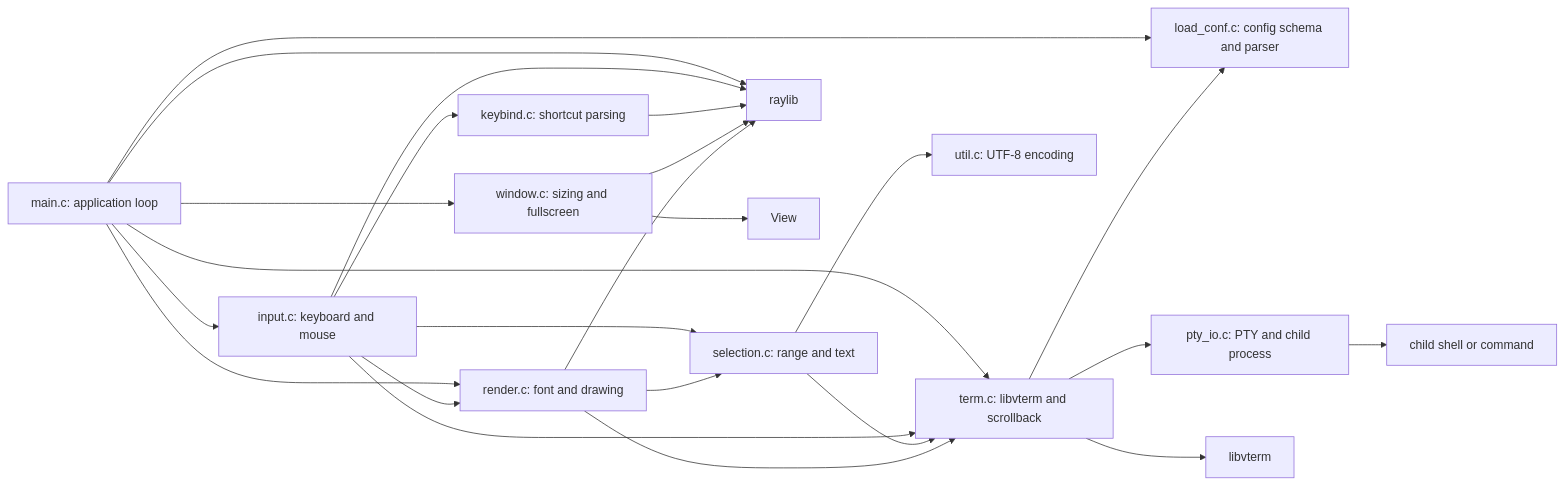
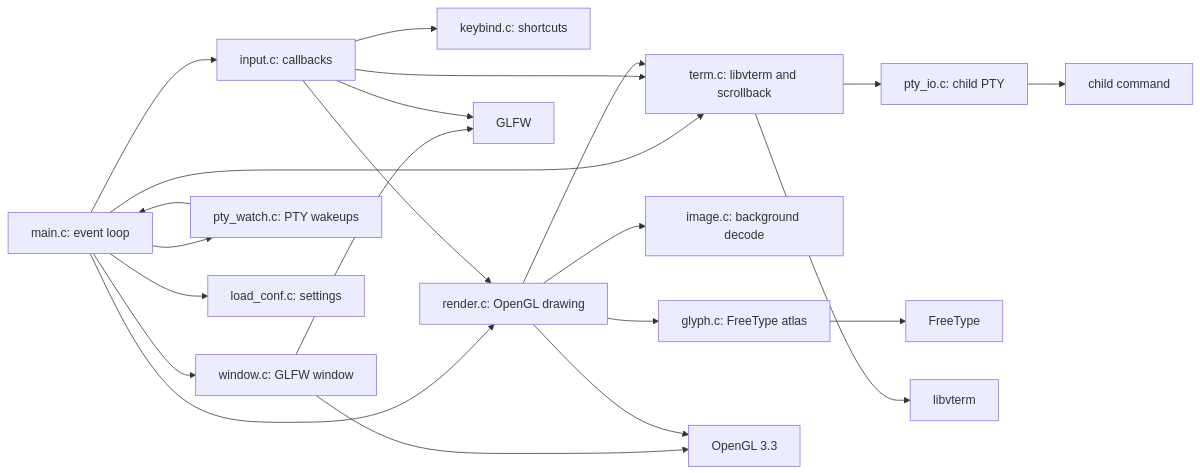
One commit to DriveAway500/see-you-later-alligator changed the diagram in docs/silly-guide.md. Above: the diagram before and after it, drawn with Mermaid. The commit also changed other lines of this file and 30 other files, not shown here.

Commit message:
raylib was removed for the sake of performance, terminal now supports image load, check sillyconf.conf

````diff
--- a/docs/silly-guide.md
+++ b/docs/silly-guide.md
@@ -7,40 +7,41 @@
 ```mermaid
 flowchart LR
-	Main[main.c: application loop]
-	Window[window.c: sizing and fullscreen]
-	Config[load_conf.c: config schema and parser]
-	Input[input.c: keyboard and mouse]
-	Binds[keybind.c: shortcut parsing]
-	Selection[selection.c: range and text]
-	Render[render.c: font and drawing]
-	Term[term.c: libvterm and scrollback]
-	Pty[pty_io.c: PTY and child process]
-	Util[util.c: UTF-8 encoding]
-	Raylib[raylib]
-	VTerm[libvterm]
-	Shell[child shell or command]
+    Main[main.c: event loop]
+    Window[window.c: GLFW window]
+    Input[input.c: callbacks]
+    Bind[keybind.c: shortcuts]
+    Render[render.c: OpenGL drawing]
+    Glyph[glyph.c: FreeType atlas]
+    Image[image.c: background decode]
+    Term[term.c: libvterm and scrollback]
+    Pty[pty_io.c: child PTY]
+    Watch[pty_watch.c: PTY wakeups]
+    Config[load_conf.c: settings]
+    GLFW[GLFW]
+    GL[OpenGL 3.3]
+    FT[FreeType]
+    VT[libvterm]
+    Shell[child command]
 
-	Main --> Config
-	Main --> Window
-	Main --> Input
-	Main --> Render
-	Main --> Term
-	Input --> Binds
-	Input --> Selection
-	Input --> Term
-	Input --> Render
-	Window --> View
-	Selection --> Term
-	Selection --> Util
-	Render --> Term
-	Render --> Selection
-	Term --> Config
-	Term --> Pty
-	Main --> Raylib
-	Input --> Raylib
-	Binds --> Raylib
-	Window --> Raylib
-	Render --> Raylib
-	Term --> VTerm
-	Pty --> Shell
+    Main --> Config
+    Main --> Window
+    Main --> Input
+    Main --> Render
+    Main --> Term
+    Main --> Watch
+    Input --> Bind
+    Input --> Term
+    Input --> Render
+    Render --> Term
+    Render --> Glyph
+    Render --> Image
+    Term --> Pty
+    Term --> VT
+    Pty --> Shell
+    Watch --> Main
+    Window --> GLFW
+    Input --> GLFW
+    Window --> GL
+    Render --> GL
+    Glyph --> FT
 ```
````
